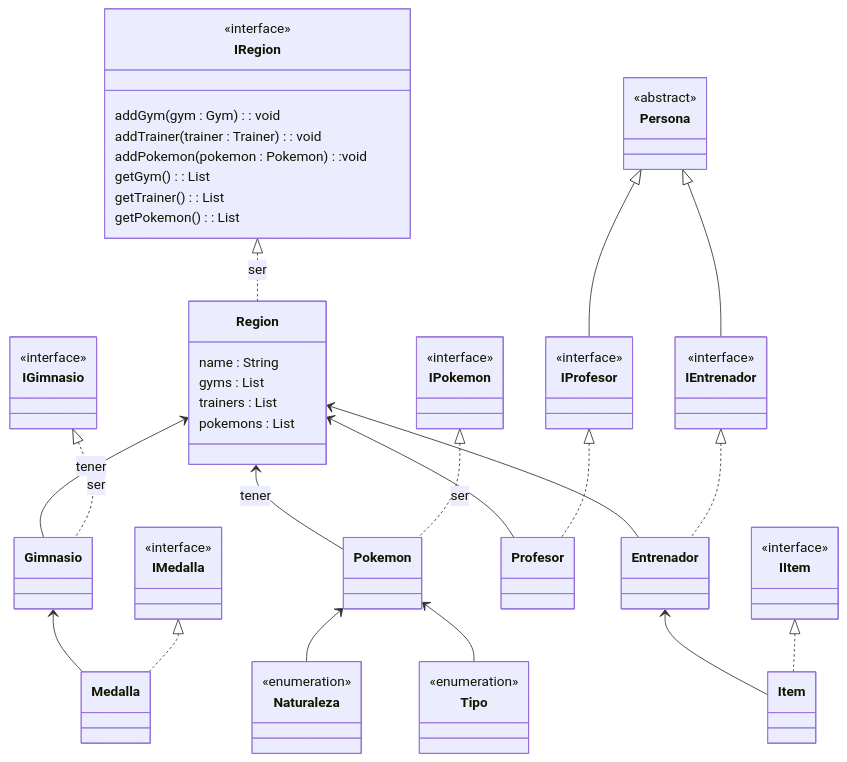
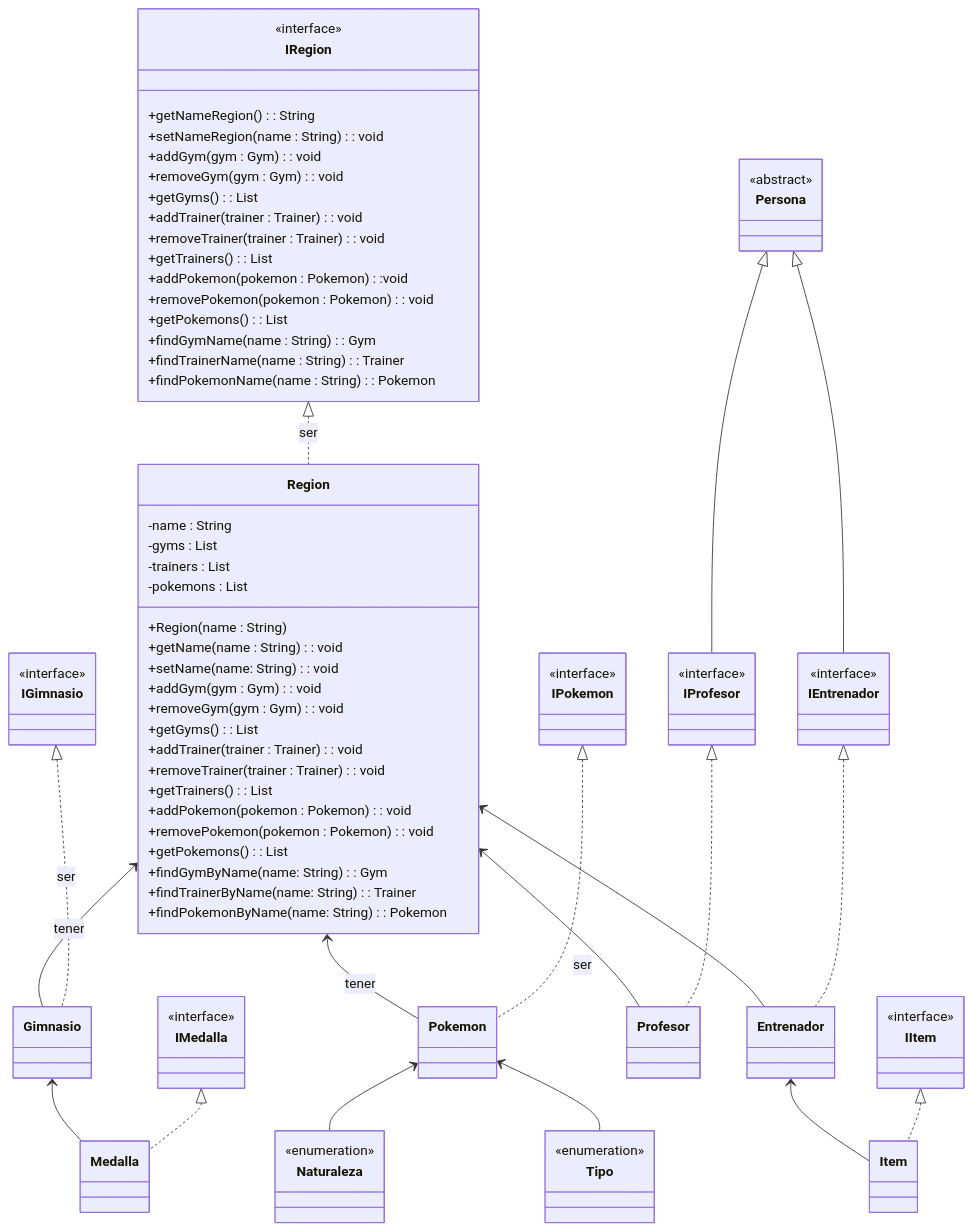
Before and after one commit to savamidev/MiguelSanchez-1DAW: the diagram in EEDD/Pokedev/src/main/java/README.md, drawn with Mermaid.

Commit message:
Añadida Region UML

```diff
--- a/EEDD/Pokedev/src/main/java/README.md
+++ b/EEDD/Pokedev/src/main/java/README.md
@@ -2,19 +2,43 @@
     classDiagram
     class IRegion {
         <<interface>>
-        addGym(gym : Gym) : void
-        addTrainer(trainer : Trainer) : void
-        addPokemon(pokemon : Pokemon) :void
-        getGym() : List<Gym>
-        getTrainer() : List<Trainer>
-        getPokemon() : List<Pokemon>
+        +getNameRegion() : String
+        +setNameRegion(name : String) : void
+        +addGym(gym : Gym) : void
+        +removeGym(gym : Gym) : void
+        +getGyms() : List<Gym>
+        +addTrainer(trainer : Trainer) : void
+        +removeTrainer(trainer : Trainer) : void
+        +getTrainers() : List<Trainer>
+        +addPokemon(pokemon : Pokemon) :void
+        +removePokemon(pokemon : Pokemon) : void
+        +getPokemons() : List<Pokemon>
+        +findGymName(name : String) : Gym
+        +findTrainerName(name : String) : Trainer
+        +findPokemonName(name : String) : Pokemon
     }
     
     class Region {
-        name : String
-        gyms : List<Gym>
-        trainers : List<Trainer>
-        pokemons : List<Pokemon>
+        -name : String
+        -gyms : List<Gym>
+        -trainers : List<Trainer>
+        -pokemons : List<Pokemon>
+        +Region(name : String)
+        +getName(name : String) : void
+        +setName(name: String) : void
+        +addGym(gym : Gym) : void
+        +removeGym(gym : Gym) : void
+        +getGyms() : List<Gym>
+        +addTrainer(trainer : Trainer) : void
+        +removeTrainer(trainer : Trainer) : void
+        +getTrainers() : List<Trainer>
+        +addPokemon(pokemon : Pokemon) : void
+        +removePokemon(pokemon : Pokemon) : void
+        +getPokemons() : List<Pokemon>
+        +findGymByName(name: String) : Gym
+        +findTrainerByName(name: String) : Trainer
+        +findPokemonByName(name: String) : Pokemon
+        
     }
 
     class IGimnasio {
```
